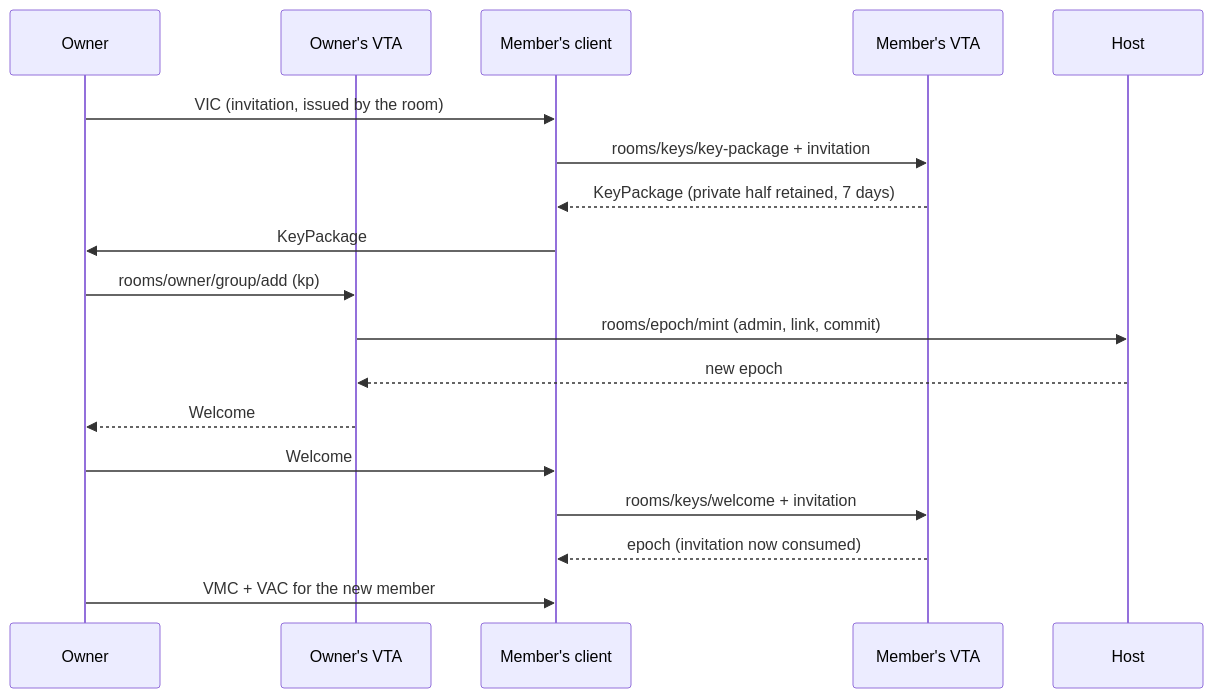
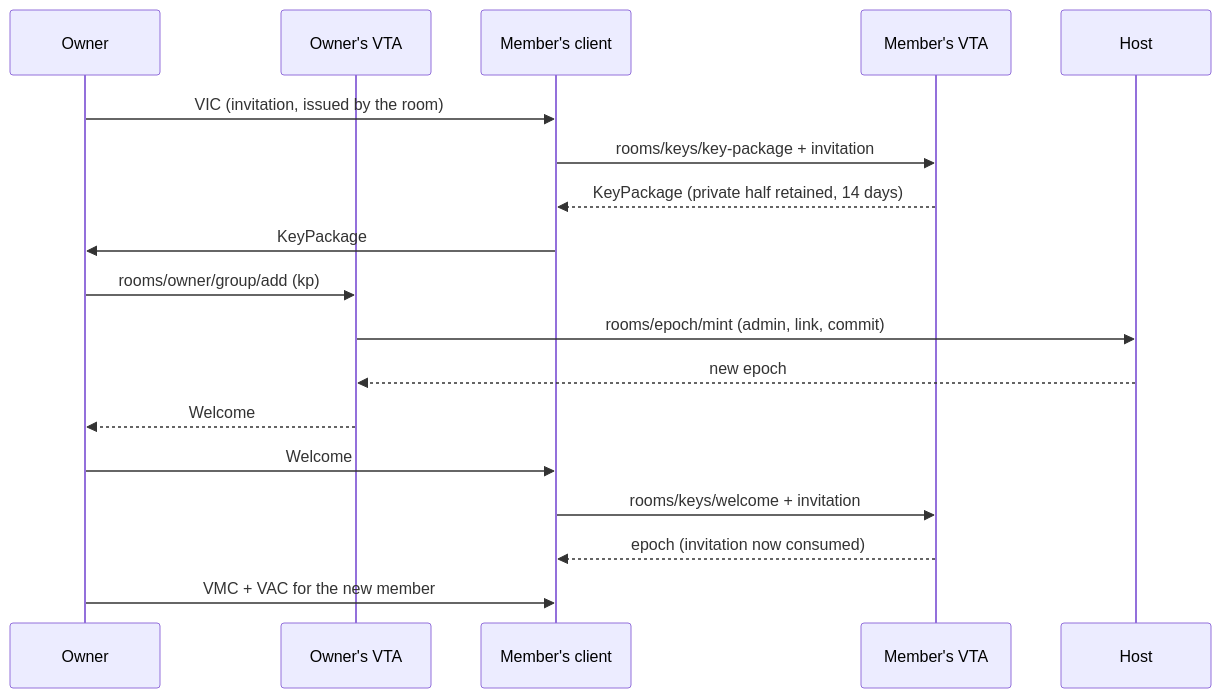
Before and after one commit to OpenVTC/verifiable-trust-infrastructure: the second of 2 diagrams in docs/02-vta/data-rooms.md, drawn with Mermaid. The commit also changed other lines of this file and 25 other files, not shown here.

````diff
--- a/docs/02-vta/data-rooms.md
+++ b/docs/02-vta/data-rooms.md
@@ -586,21 +586,21 @@
 ```mermaid
 sequenceDiagram
     participant O as Owner
     participant OV as Owner's VTA
     participant M as Member's client
     participant V as Member's VTA
     participant H as Host
 
     O->>M: VIC (invitation, issued by the room)
     M->>V: rooms/keys/key-package + invitation
-    V-->>M: KeyPackage (private half retained, 7 days)
+    V-->>M: KeyPackage (private half retained, 14 days)
     M->>O: KeyPackage
     O->>OV: rooms/owner/group/add (kp)
     OV->>H: rooms/epoch/mint (admin, link, commit)
     H-->>OV: new epoch
     OV-->>O: Welcome
     O->>M: Welcome
     M->>V: rooms/keys/welcome + invitation
     V-->>M: epoch (invitation now consumed)
     O->>M: VMC + VAC for the new member
 ```
````
